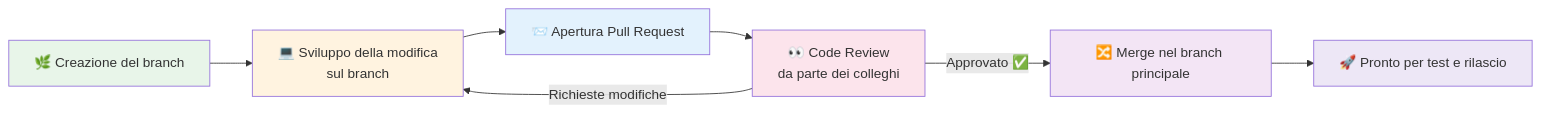
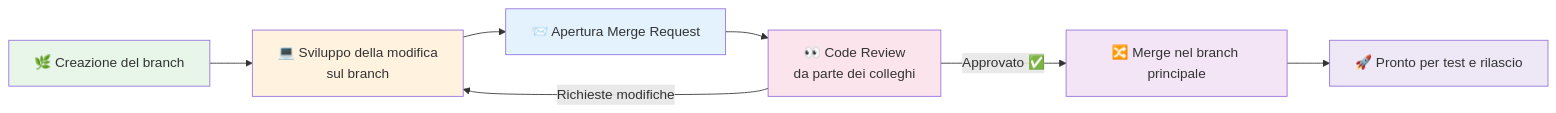
Before and after one commit to darioschioppi/corso-onboarding-devops: the third of 3 diagrams in docs/03-come-nasce-un-software/README.md, drawn with Mermaid. The commit also changed other lines of this file and 20 other files, not shown here.

````diff
--- a/docs/03-come-nasce-un-software/README.md
+++ b/docs/03-come-nasce-un-software/README.md
@@ -283,16 +283,16 @@
 ```mermaid
 flowchart LR
     A[🌿 Creazione del branch] --> B[💻 Sviluppo della modifica<br/>sul branch]
-    B --> C[📨 Apertura Pull Request]
+    B --> C[📨 Apertura Merge Request]
     C --> D[👀 Code Review<br/>da parte dei colleghi]
     D -->|Richieste modifiche| B
     D -->|Approvato ✅| E[🔀 Merge nel branch principale]
     E --> F[🚀 Pronto per test e rilascio]
 
     style A fill:#e8f5e9
     style B fill:#fff3e0
     style C fill:#e3f2fd
     style D fill:#fce4ec
     style E fill:#f3e5f5
     style F fill:#ede7f6
 ```
````
